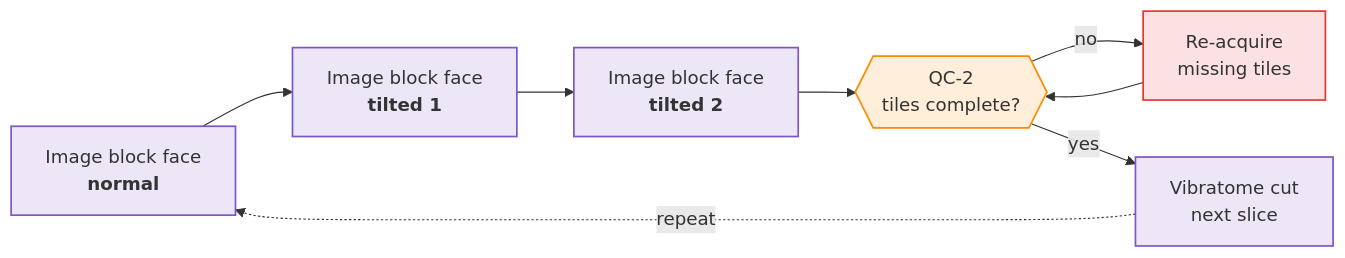
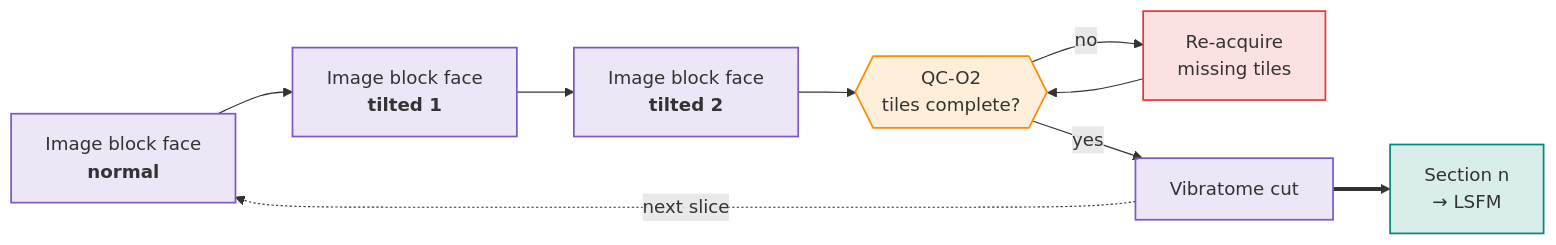
The second of 6 diagrams in docs/workflows/macaque-pipeline.md (kabilar/linc-docs), drawn with Mermaid before and after one commit. The commit also changed other lines of this file and 2 other files, not shown here.

First line of the commit message:
Expand macaque protocol to the combined LSFM + PS-OCT systems

````diff
--- a/docs/workflows/macaque-pipeline.md
+++ b/docs/workflows/macaque-pipeline.md
@@ -268,12 +354,14 @@
 ```mermaid
 flowchart LR
-    A["Image block face<br/><b>normal</b>"]:::stage --> B["Image block face<br/><b>tilted 1</b>"]:::stage --> C["Image block face<br/><b>tilted 2</b>"]:::stage
-    C --> G{{"QC-2<br/>tiles complete?"}}:::gate
+    A["Image block face<br/><b>normal</b>"]:::oct --> B["Image block face<br/><b>tilted 1</b>"]:::oct --> C["Image block face<br/><b>tilted 2</b>"]:::oct
+    C --> G{{"QC-O2<br/>tiles complete?"}}:::gate
     G -- no --> R["Re-acquire<br/>missing tiles"]:::redo --> G
-    G -- yes --> D["Vibratome cut<br/>next slice"]:::stage
-    D -. repeat .-> A
+    G -- yes --> D["Vibratome cut"]:::oct
+    D -. next slice .-> A
+    D ==> H["Section n<br/>→ LSFM"]:::lsm
 
-    classDef stage fill:#7e57c226,stroke:#7e57c2,stroke-width:1.5px;
+    classDef oct fill:#7e57c226,stroke:#7e57c2,stroke-width:1.5px;
+    classDef lsm fill:#00897b26,stroke:#00897b,stroke-width:1.5px;
     classDef gate fill:#fb8c0026,stroke:#fb8c00,stroke-width:1.5px;
     classDef redo fill:#e5393526,stroke:#e53935,stroke-width:1.5px;
 ```
````
